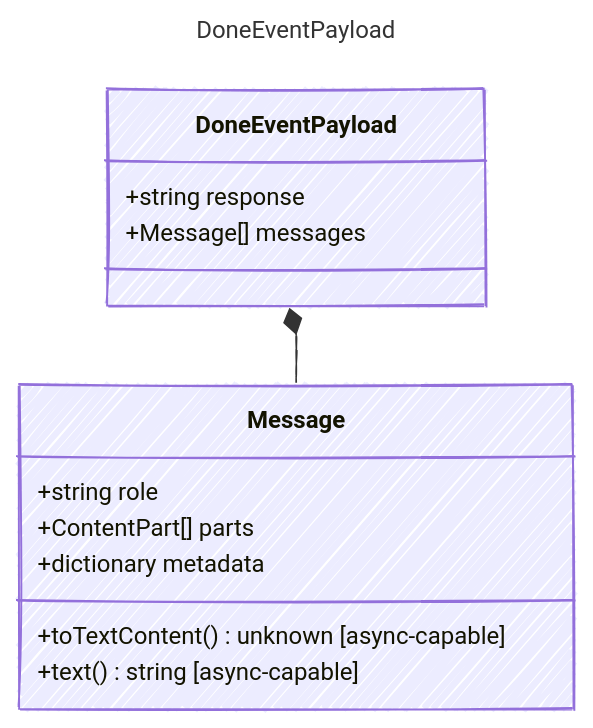
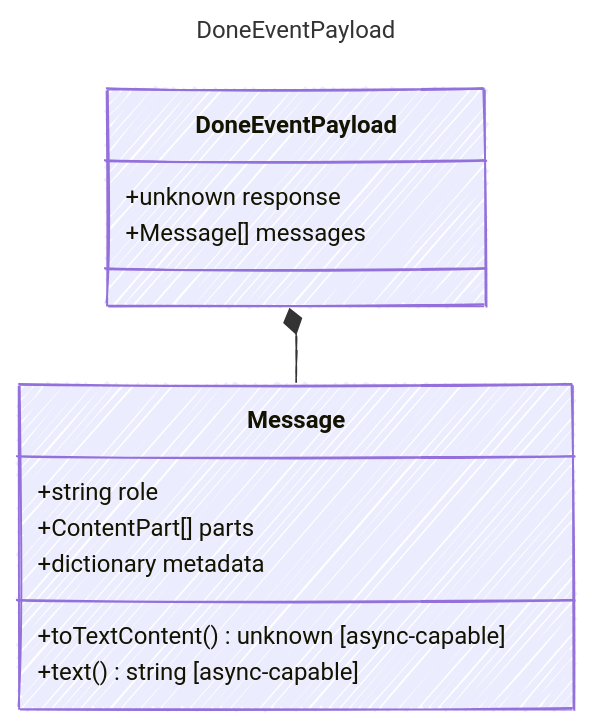
The diagram in web/src/content/docs/reference/DoneEventPayload.md (microsoft/prompty), drawn with Mermaid before and after one commit. The commit also changed other lines of this file and 1425 other files, not shown here.

````diff
--- a/web/src/content/docs/reference/DoneEventPayload.md
+++ b/web/src/content/docs/reference/DoneEventPayload.md
@@ -11,23 +12,23 @@
 ```mermaid
 ---
 title: DoneEventPayload
 config:
   look: handDrawn
   theme: colorful
   class:
     hideEmptyMembersBox: true
 ---
 classDiagram
     class DoneEventPayload {
-        +string response
+        +unknown response
         +Message[] messages
     }
     class Message {
         +string role
         +ContentPart[] parts
         +dictionary metadata
         +toTextContent() unknown [async-capable]
         +text() string [async-capable]
     }
     DoneEventPayload *-- Message
 ```
````
